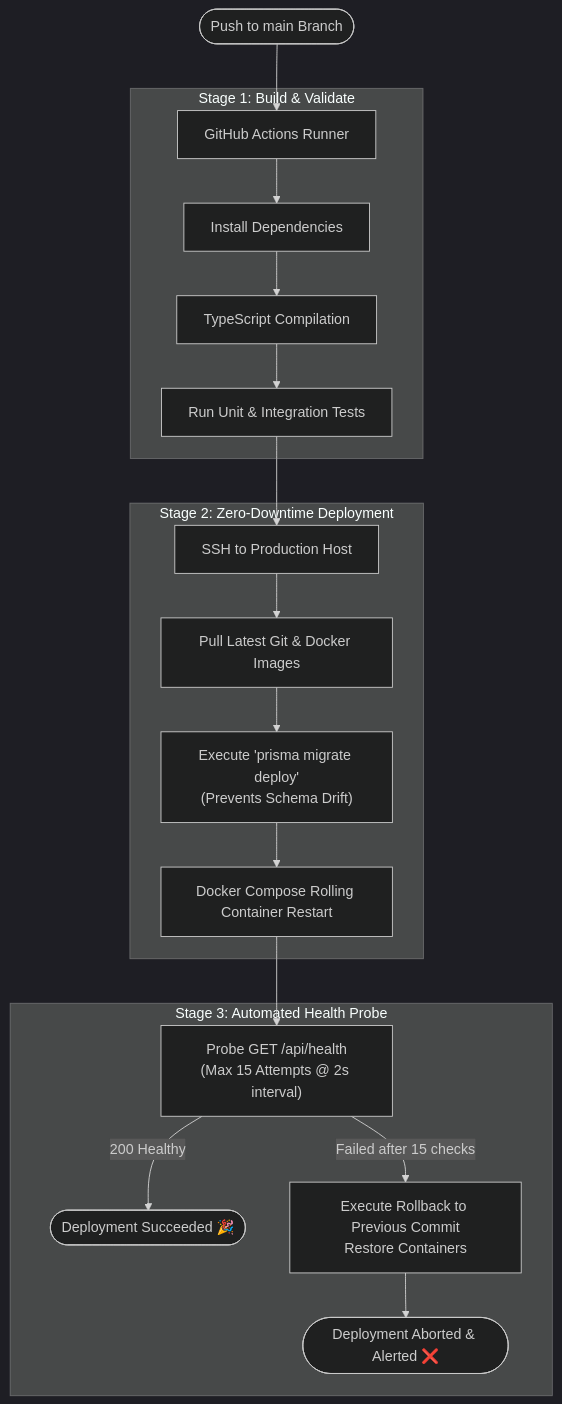
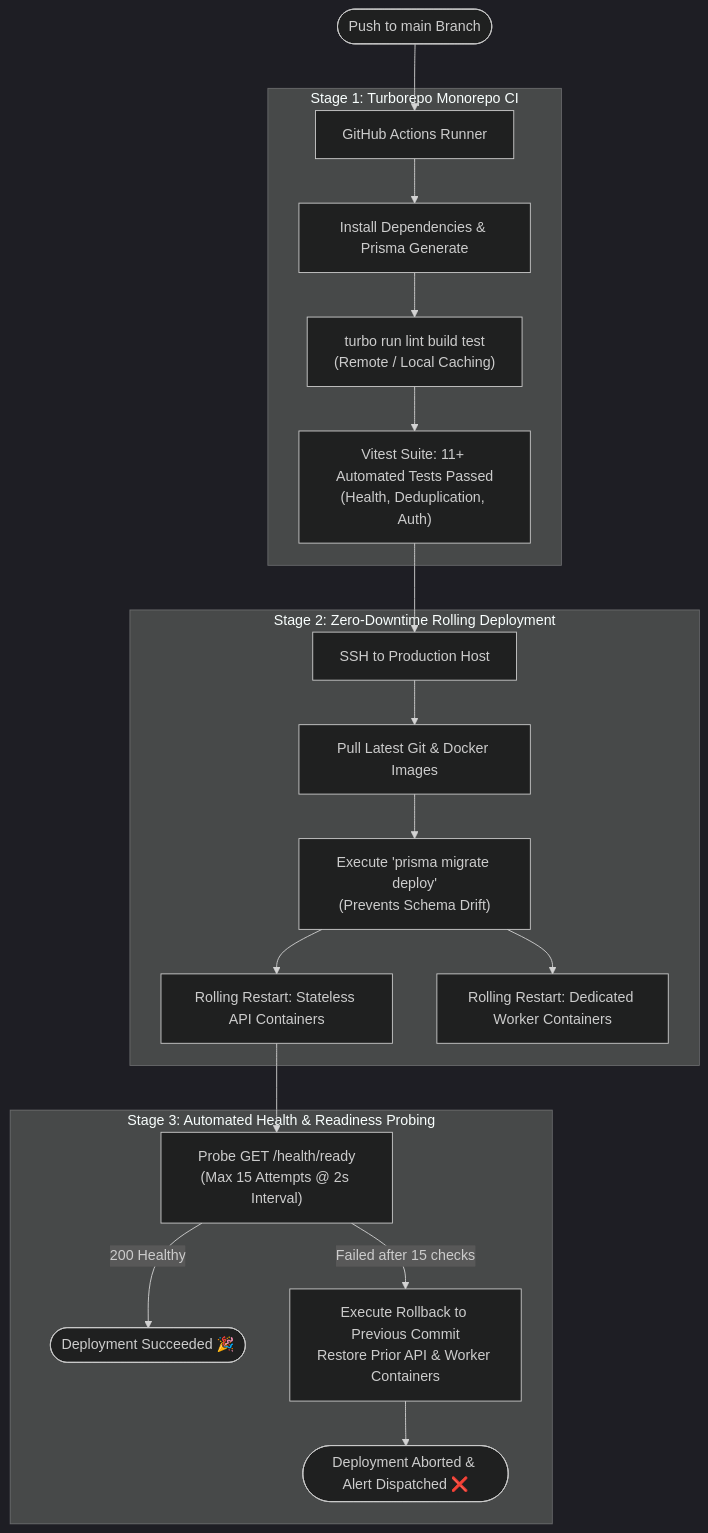
Before and after one commit to yashsrivastava1408/QuestionForge: the seventh of 9 diagrams in README.md, drawn with Mermaid (dark theme). The commit also changed other lines of this file and 164 other files, not shown here.

Commit message:
feat: upgrade to enterprise monorepo with Turborepo, decoupled workers, Vitest suite, and docs

````diff
--- a/README.md
+++ b/README.md
@@ -334,24 +438,25 @@
 ```mermaid
 flowchart TD
     Push([Push to main Branch]) --> GHA[GitHub Actions Runner]
     
-    subgraph BuildStage ["Stage 1: Build & Validate"]
-        GHA --> Install[Install Dependencies]
-        Install --> Typecheck[TypeScript Compilation]
-        Typecheck --> Test[Run Unit & Integration Tests]
+    subgraph Stage1 ["Stage 1: Turborepo Monorepo CI"]
+        GHA --> Install[Install Dependencies & Prisma Generate]
+        Install --> Turbo["turbo run lint build test\n(Remote / Local Caching)"]
+        Turbo --> VitestResults["Vitest Suite: 11+ Automated Tests Passed\n(Health, Deduplication, Auth)"]
     end
 
-    subgraph DeployStage ["Stage 2: Zero-Downtime Deployment"]
-        Test --> SSH[SSH to Production Host]
+    subgraph Stage2 ["Stage 2: Zero-Downtime Rolling Deployment"]
+        VitestResults --> SSH[SSH to Production Host]
         SSH --> Pull[Pull Latest Git & Docker Images]
         Pull --> Migrate["Execute 'prisma migrate deploy'\n(Prevents Schema Drift)"]
-        Migrate --> RollingRestart[Docker Compose Rolling Container Restart]
+        Migrate --> RollingAPI[Rolling Restart: Stateless API Containers]
+        Migrate --> RollingWorker[Rolling Restart: Dedicated Worker Containers]
     end
 
-    subgraph HealthCheck ["Stage 3: Automated Health Probe"]
-        RollingRestart --> Probe["Probe GET /api/health\n(Max 15 Attempts @ 2s interval)"]
+    subgraph Stage3 ["Stage 3: Automated Health & Readiness Probing"]
+        RollingAPI --> Probe["Probe GET /health/ready\n(Max 15 Attempts @ 2s Interval)"]
         Probe -- "200 Healthy" --> DeploySuccess([Deployment Succeeded 🎉])
-        Probe -- "Failed after 15 checks" --> Rollback["Execute Rollback to Previous Commit\nRestore Containers"]
-        Rollback --> DeployFailed([Deployment Aborted & Alerted ❌])
+        Probe -- "Failed after 15 checks" --> Rollback["Execute Rollback to Previous Commit\nRestore Prior API & Worker Containers"]
+        Rollback --> DeployFailed([Deployment Aborted & Alert Dispatched ❌])
     end
 ```
````
